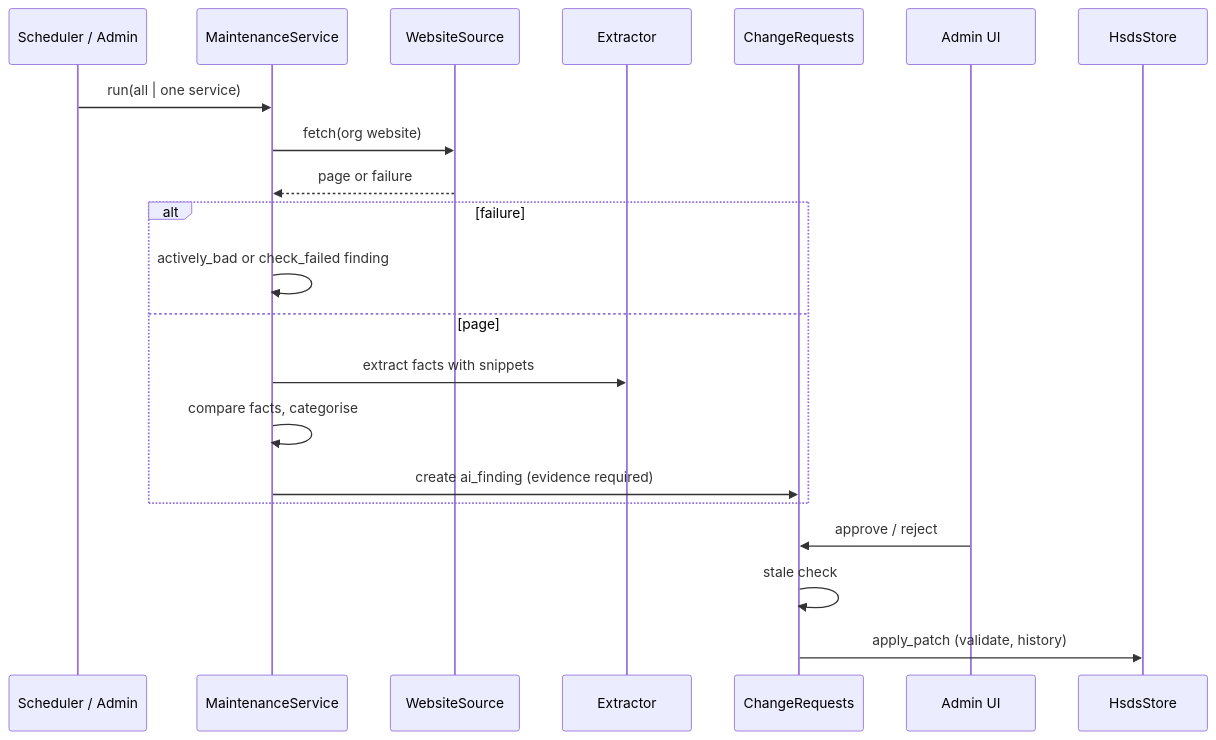
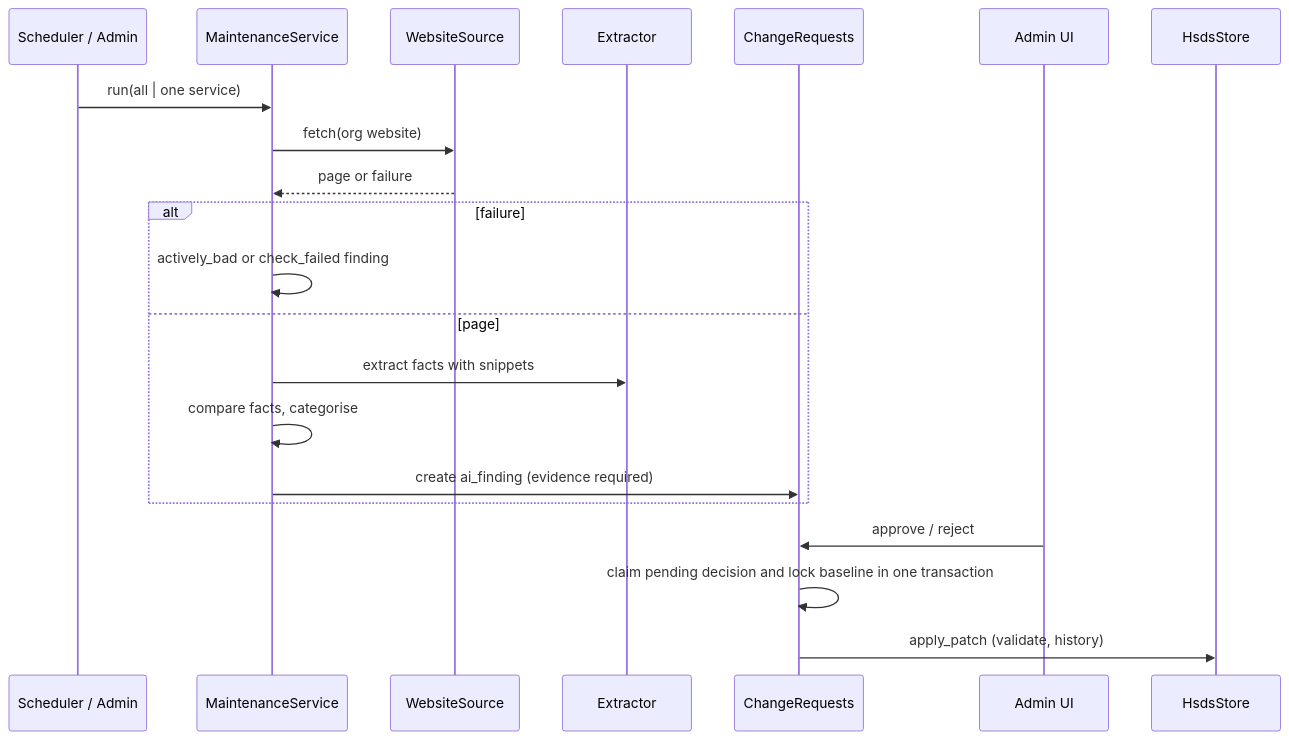
Before and after one commit to alina-cheng/resource_engine: the fourth of 5 diagrams in docs/detailed-design.md, drawn with Mermaid. The commit also changed other lines of this file and 115 other files, not shown here.

````diff
--- a/docs/detailed-design.md
+++ b/docs/detailed-design.md
@@ -84,23 +81,23 @@
 ```mermaid
 sequenceDiagram
   participant Sch as Scheduler / Admin
   participant M as MaintenanceService
   participant W as WebsiteSource
   participant E as Extractor
   participant CR as ChangeRequests
   participant Adm as Admin UI
   participant S as HsdsStore
   Sch->>M: run(all | one service)
   M->>W: fetch(org website)
   W-->>M: page or failure
   alt failure
     M->>M: actively_bad or check_failed finding
   else page
     M->>E: extract facts with snippets
     M->>M: compare facts, categorise
     M->>CR: create ai_finding (evidence required)
   end
   Adm->>CR: approve / reject
-  CR->>CR: stale check
+  CR->>CR: claim pending decision and lock baseline in one transaction
   CR->>S: apply_patch (validate, history)
 ```
````
